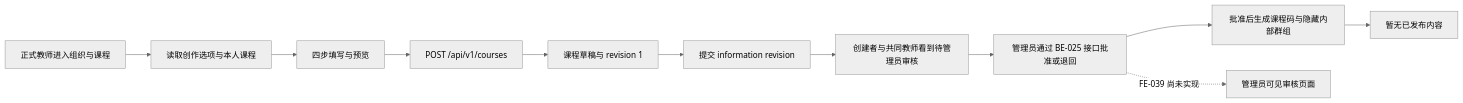
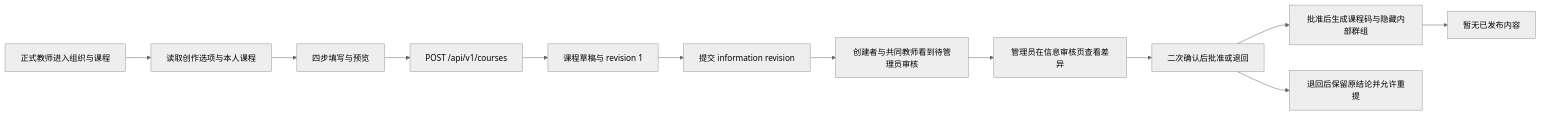
One commit to falling-feather/Astra changed the third of 7 diagrams in doc/01-子文档/19-当前功能业务闭环与展示边界.md. Above: the diagram before and after it, drawn with Mermaid (neutral theme). The commit also changed other lines of this file and 4 other files, not shown here.

````diff
--- a/doc/01-子文档/19-当前功能业务闭环与展示边界.md
+++ b/doc/01-子文档/19-当前功能业务闭环与展示边界.md
@@ -172,13 +172,14 @@
 ```mermaid
 flowchart LR
     T[正式教师进入组织与课程] --> O[读取创作选项与本人课程]
     O --> W[四步填写与预览]
     W --> C[POST /api/v1/courses]
     C --> D[课程草稿与 revision 1]
     D --> S[提交 information revision]
     S --> P[创建者与共同教师看到待管理员审核]
-    P --> A[管理员通过 BE-025 接口批准或退回]
-    A --> R[批准后生成课程码与隐藏内部群组]
+    P --> A[管理员在信息审核页查看差异]
+    A --> X[二次确认后批准或退回]
+    X --> R[批准后生成课程码与隐藏内部群组]
     R --> N[暂无已发布内容]
-    A -. FE-039 尚未实现 .-> UI[管理员可见审核页面]
+    X --> B[退回后保留原结论并允许重提]
 ```
````
